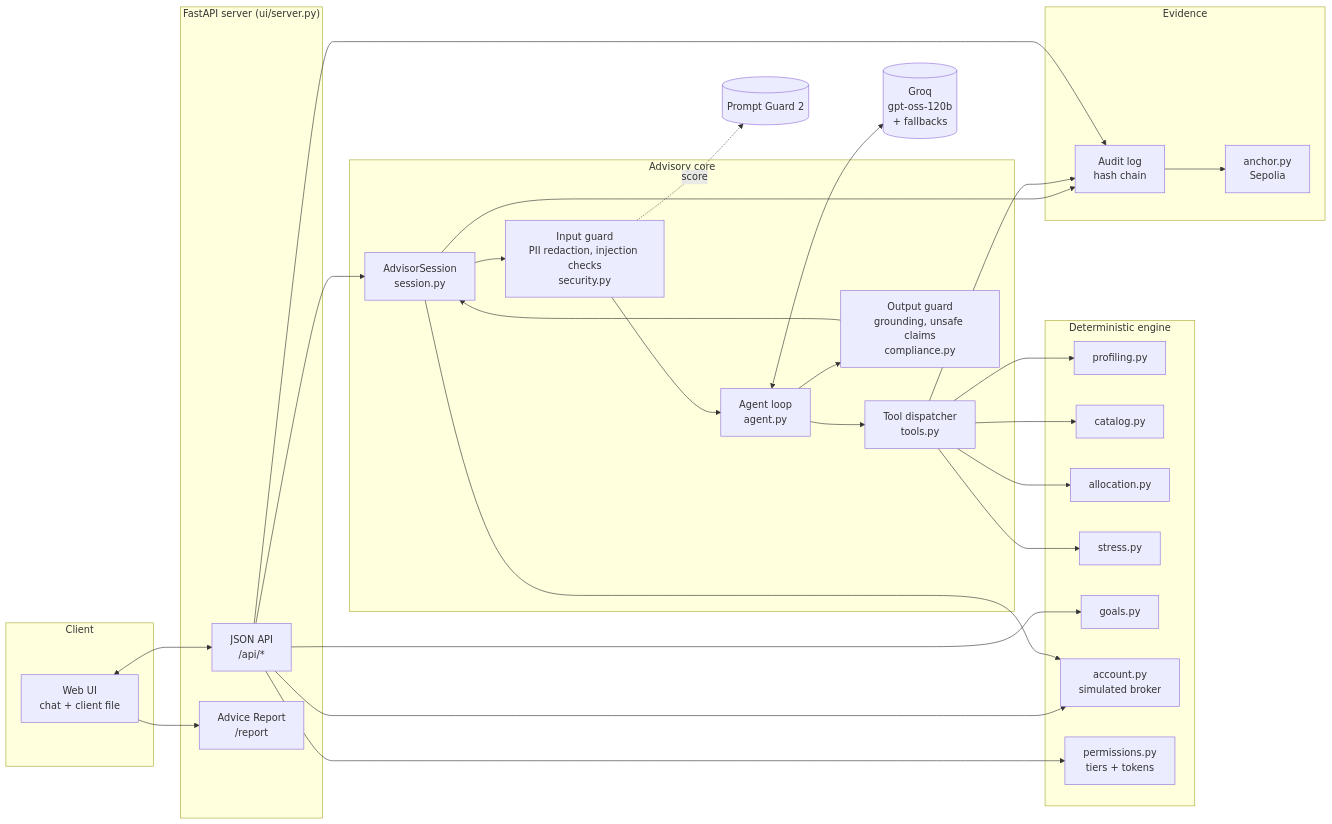
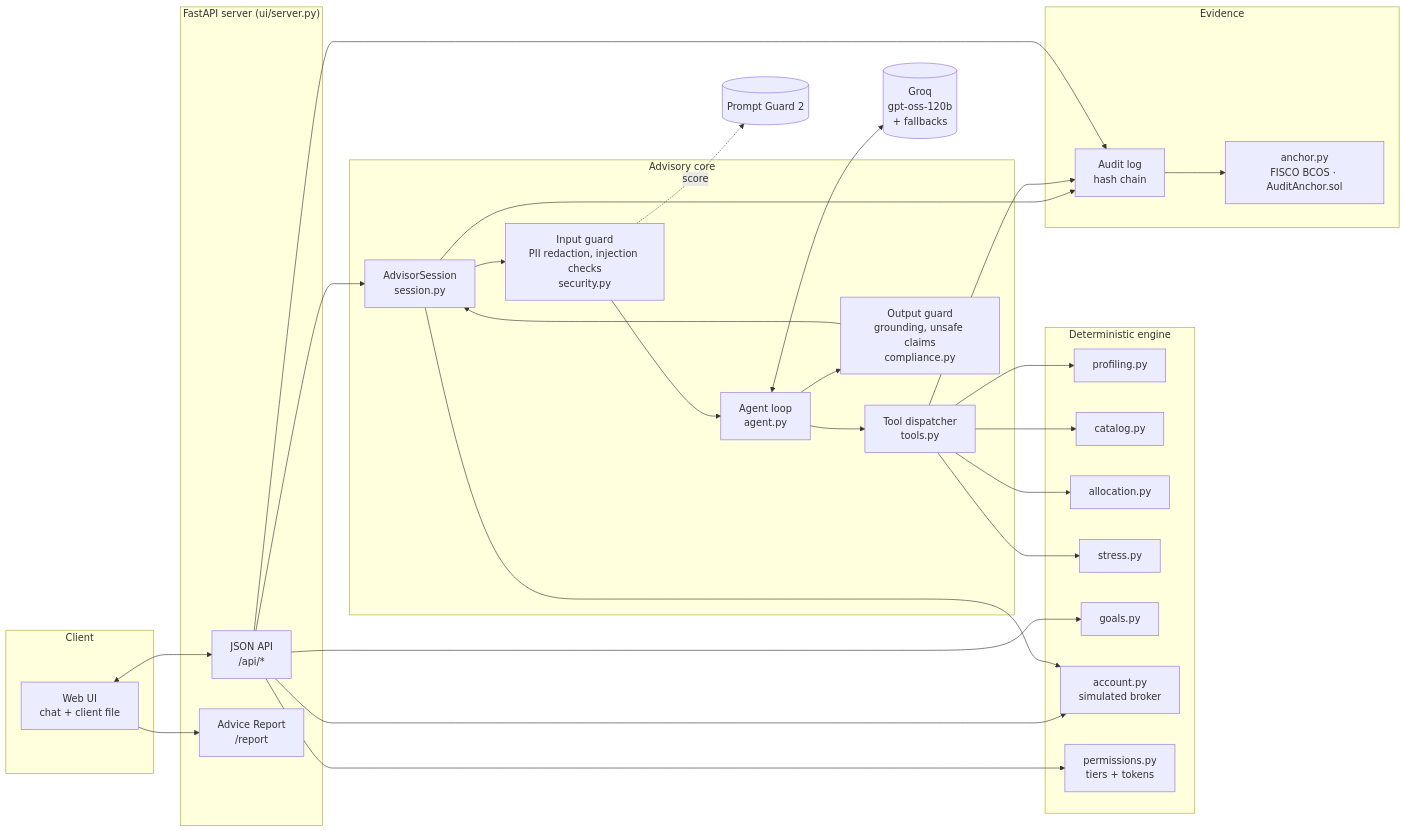
One commit to erkinovvv/keel changed the first of 2 diagrams in docs/ARCHITECTURE.md. Above: the diagram before and after it, drawn with Mermaid. The commit also changed other lines of this file and 11 other files, not shown here.

First line of the commit message:
Anchor the audit chain on WeBank's FISCO BCOS

````diff
--- a/docs/ARCHITECTURE.md
+++ b/docs/ARCHITECTURE.md
@@ -20,46 +20,46 @@
 ```mermaid
 flowchart LR
   subgraph Client
     UI["Web UI<br/>chat + client file"]
   end
   subgraph Server["FastAPI server (ui/server.py)"]
     API["JSON API<br/>/api/*"]
     REP["Advice Report<br/>/report"]
   end
   subgraph Core["Advisory core"]
     SES["AdvisorSession<br/>session.py"]
     GIN["Input guard<br/>PII redaction, injection checks<br/>security.py"]
     AG["Agent loop<br/>agent.py"]
     DSP["Tool dispatcher<br/>tools.py"]
     GOUT["Output guard<br/>grounding, unsafe claims<br/>compliance.py"]
   end
   subgraph Engine["Deterministic engine"]
     PRF["profiling.py"]
     CAT["catalog.py"]
     ALC["allocation.py"]
     STR["stress.py"]
     GOL["goals.py"]
     ACC["account.py<br/>simulated broker"]
     PER["permissions.py<br/>tiers + tokens"]
   end
   subgraph Evidence
     AUD["Audit log<br/>hash chain"]
-    ANC["anchor.py<br/>Sepolia"]
+    ANC["anchor.py<br/>FISCO BCOS · AuditAnchor.sol"]
   end
   LLM[("Groq<br/>gpt-oss-120b<br/>+ fallbacks")]
   PG[("Prompt Guard 2")]
 
   UI <--> API
   UI --> REP
   API --> SES
   SES --> GIN --> AG
   GIN -.score.-> PG
   AG <--> LLM
   AG --> DSP
   DSP --> PRF & CAT & ALC & STR
   AG --> GOUT --> SES
   API --> GOL & ACC & PER
   SES --> ACC
   SES & DSP & API --> AUD
   AUD --> ANC
 ```
````
